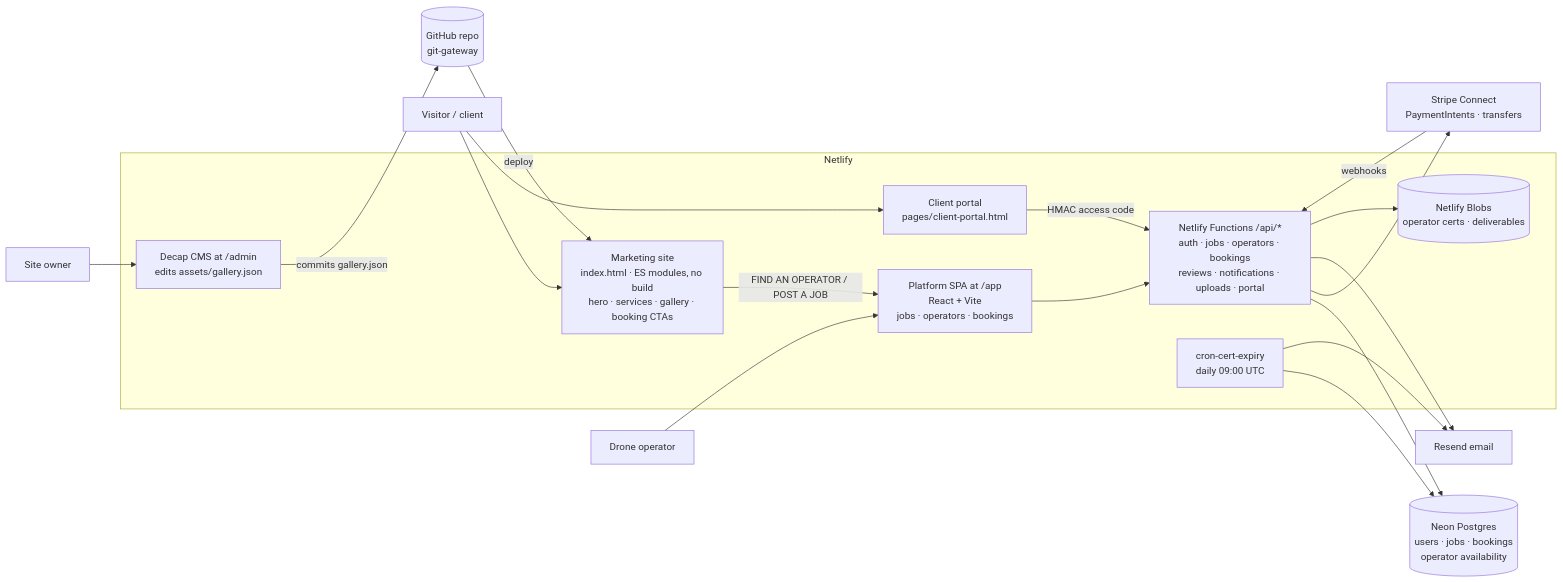
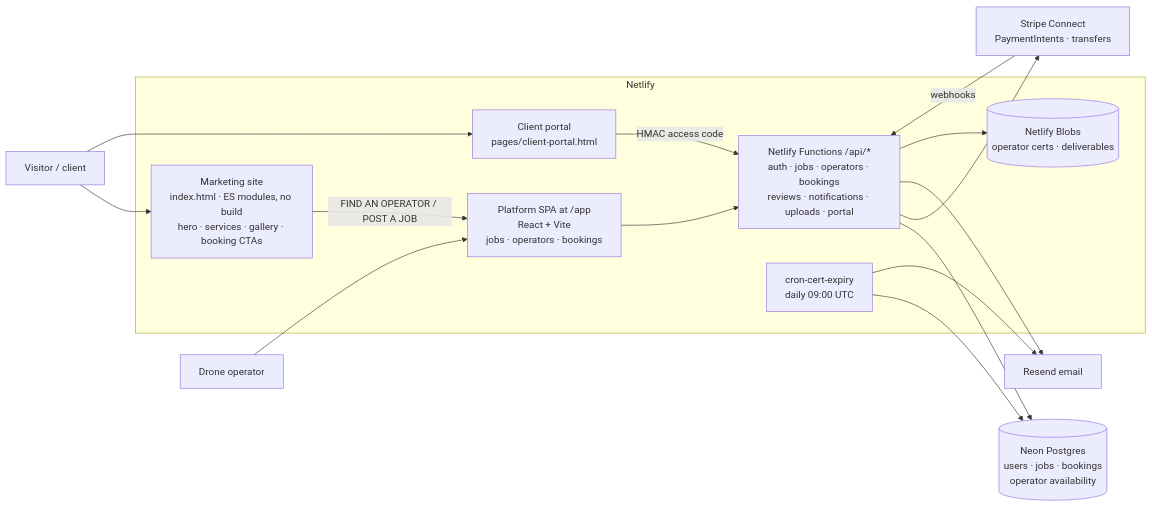
The diagram in docs/diagrams/architecture.mmd (nitsuah/skyview), drawn with Mermaid before and after one commit. The commit also changed 25 other files, not shown here.

First line of the commit message:
chore: remove dead Netlify Identity and Decap CMS login (#188)

```diff
--- a/docs/diagrams/architecture.mmd
+++ b/docs/diagrams/architecture.mmd
@@ -1,37 +1,31 @@
 %% SkyView architecture — rendered to architecture.svg by .github/workflows/visual-docs.yml
 flowchart LR
   visitor[Visitor / client]
   pilot[Drone operator]
-  owner[Site owner]
 
   subgraph Netlify[Netlify]
     site[Marketing site<br/>index.html · ES modules, no build<br/>hero · services · gallery · booking CTAs]
     spa[Platform SPA at /app<br/>React + Vite<br/>jobs · operators · bookings]
     portal[Client portal<br/>pages/client-portal.html]
-    cms[Decap CMS at /admin<br/>edits assets/gallery.json]
     fn[Netlify Functions /api/*<br/>auth · jobs · operators · bookings<br/>reviews · notifications · uploads · portal]
     cron[cron-cert-expiry<br/>daily 09:00 UTC]
     blobs[(Netlify Blobs<br/>operator certs · deliverables)]
   end
 
   db[(Neon Postgres<br/>users · jobs · bookings<br/>operator availability)]
   stripe[Stripe Connect<br/>PaymentIntents · transfers]
   resend[Resend email]
-  gh[(GitHub repo<br/>git-gateway)]
 
   visitor --> site
   site -- FIND AN OPERATOR / POST A JOB --> spa
   visitor --> portal
   pilot --> spa
-  owner --> cms
-  cms -- commits gallery.json --> gh
-  gh -- deploy --> site
   spa --> fn
   portal -- HMAC access code --> fn
   fn --> db
   fn --> stripe
   stripe -- webhooks --> fn
   fn --> resend
   fn --> blobs
   cron --> db
   cron --> resend
```
